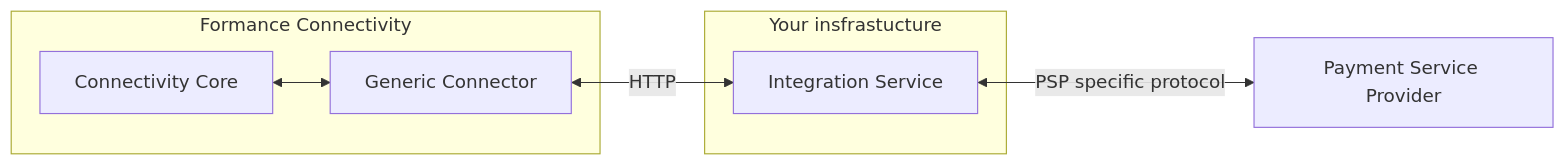
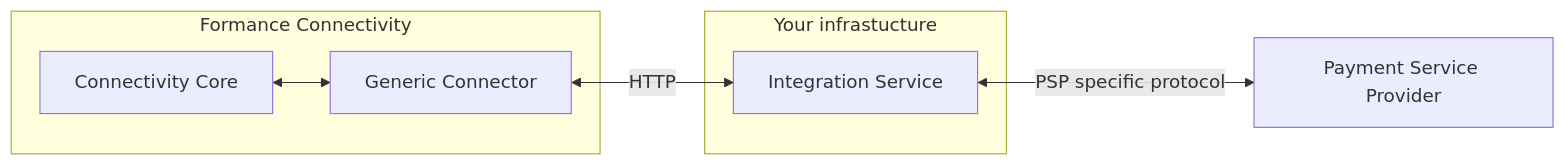
The diagram in docs/payments/connectors/generic/getting-started.md (formancehq/docs), drawn with Mermaid before and after one commit.

````diff
--- a/docs/payments/connectors/generic/getting-started.md
+++ b/docs/payments/connectors/generic/getting-started.md
@@ -14,14 +14,14 @@
 ```mermaid
 graph LR
   Connectivity["Connectivity Core"]
   connector["Generic Connector"]
   service["Integration Service"]
   psp["Payment Service Provider"]
   subgraph Formance Connectivity
     Connectivity <--> connector
   end
-  subgraph Your insfrastucture
+  subgraph Your infrastucture
     connector <-- HTTP --> service
   end
   service <-- PSP specific protocol --> psp
 ```
````
